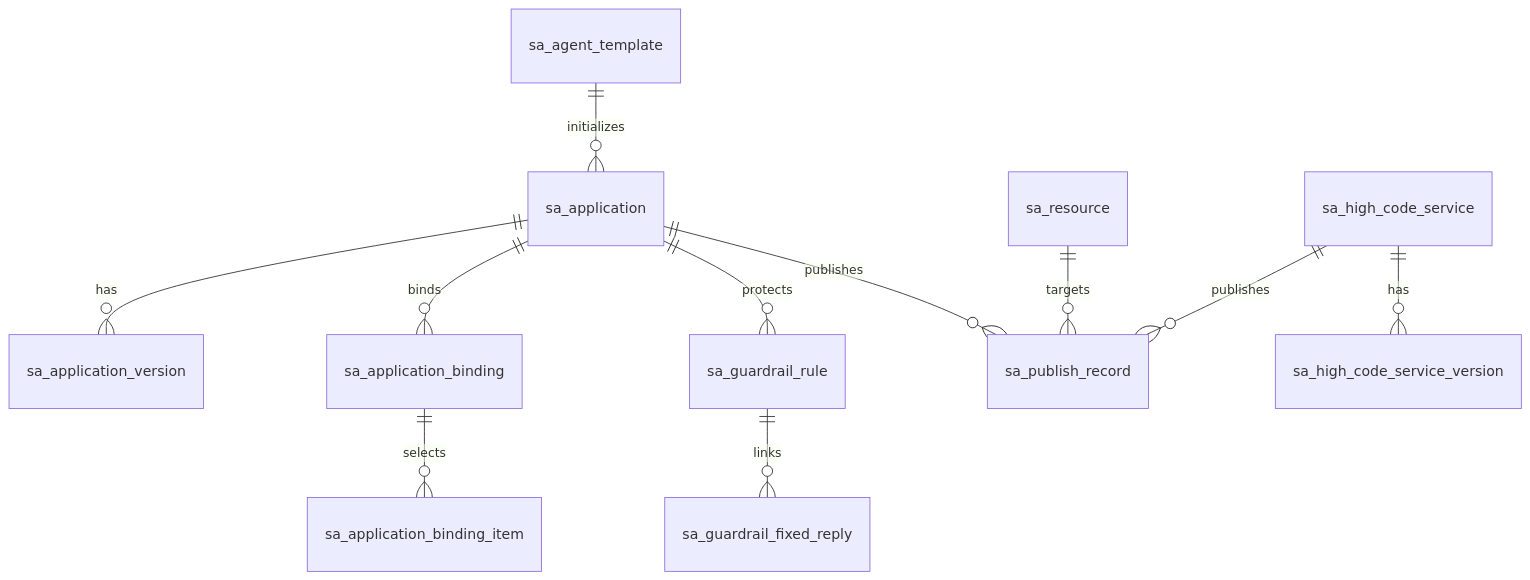
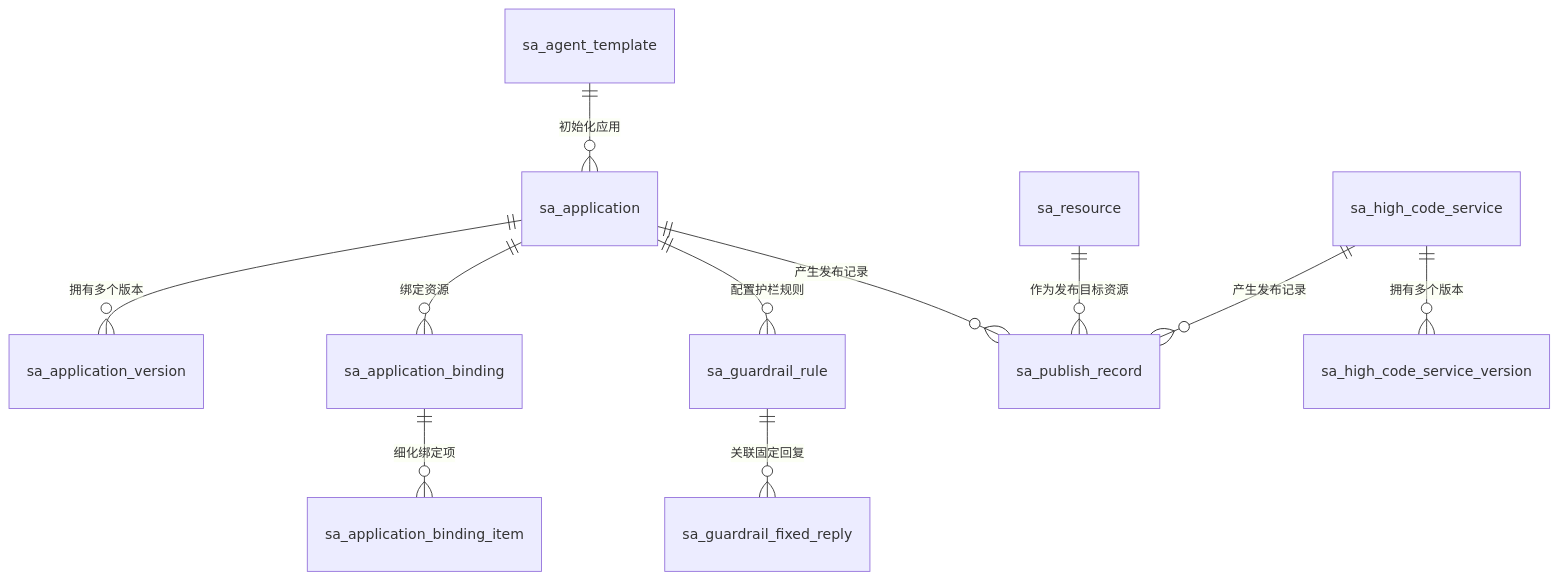
The second of 5 diagrams in .claude/sophicAgent/数据库结构设计.md (tenysys/spring-ai-alibaba), drawn with Mermaid before and after one commit. The commit also changed other lines of this file and 9 other files, not shown here.

````diff
--- a/.claude/sophicAgent/数据库结构设计.md
+++ b/.claude/sophicAgent/数据库结构设计.md
@@ -334,13 +340,13 @@
 ```mermaid
 erDiagram
-    sa_agent_template ||--o{ sa_application : initializes
-    sa_application ||--o{ sa_application_version : has
-    sa_application ||--o{ sa_application_binding : binds
-    sa_application_binding ||--o{ sa_application_binding_item : selects
-    sa_application ||--o{ sa_guardrail_rule : protects
-    sa_guardrail_rule ||--o{ sa_guardrail_fixed_reply : links
-    sa_application ||--o{ sa_publish_record : publishes
-    sa_resource ||--o{ sa_publish_record : targets
-    sa_high_code_service ||--o{ sa_high_code_service_version : has
-    sa_high_code_service ||--o{ sa_publish_record : publishes
+    sa_agent_template ||--o{ sa_application : 初始化应用
+    sa_application ||--o{ sa_application_version : 拥有多个版本
+    sa_application ||--o{ sa_application_binding : 绑定资源
+    sa_application_binding ||--o{ sa_application_binding_item : 细化绑定项
+    sa_application ||--o{ sa_guardrail_rule : 配置护栏规则
+    sa_guardrail_rule ||--o{ sa_guardrail_fixed_reply : 关联固定回复
+    sa_application ||--o{ sa_publish_record : 产生发布记录
+    sa_resource ||--o{ sa_publish_record : 作为发布目标资源
+    sa_high_code_service ||--o{ sa_high_code_service_version : 拥有多个版本
+    sa_high_code_service ||--o{ sa_publish_record : 产生发布记录
 ```
````
